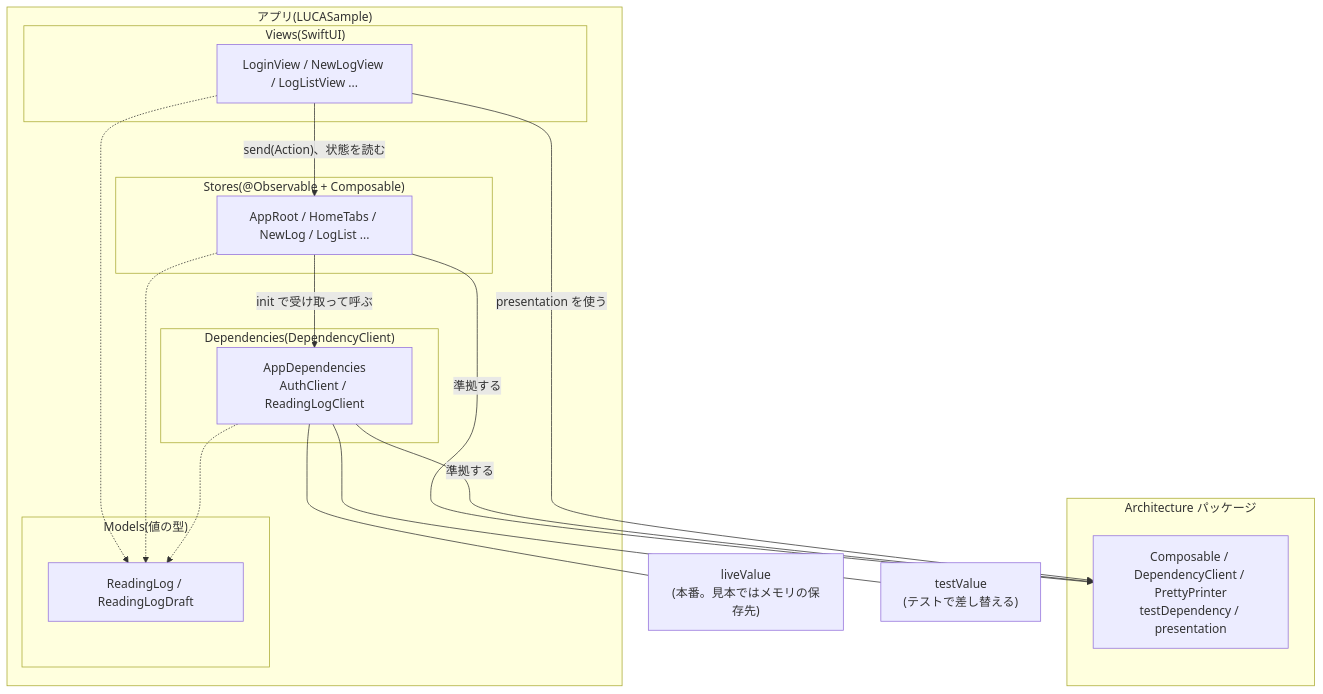
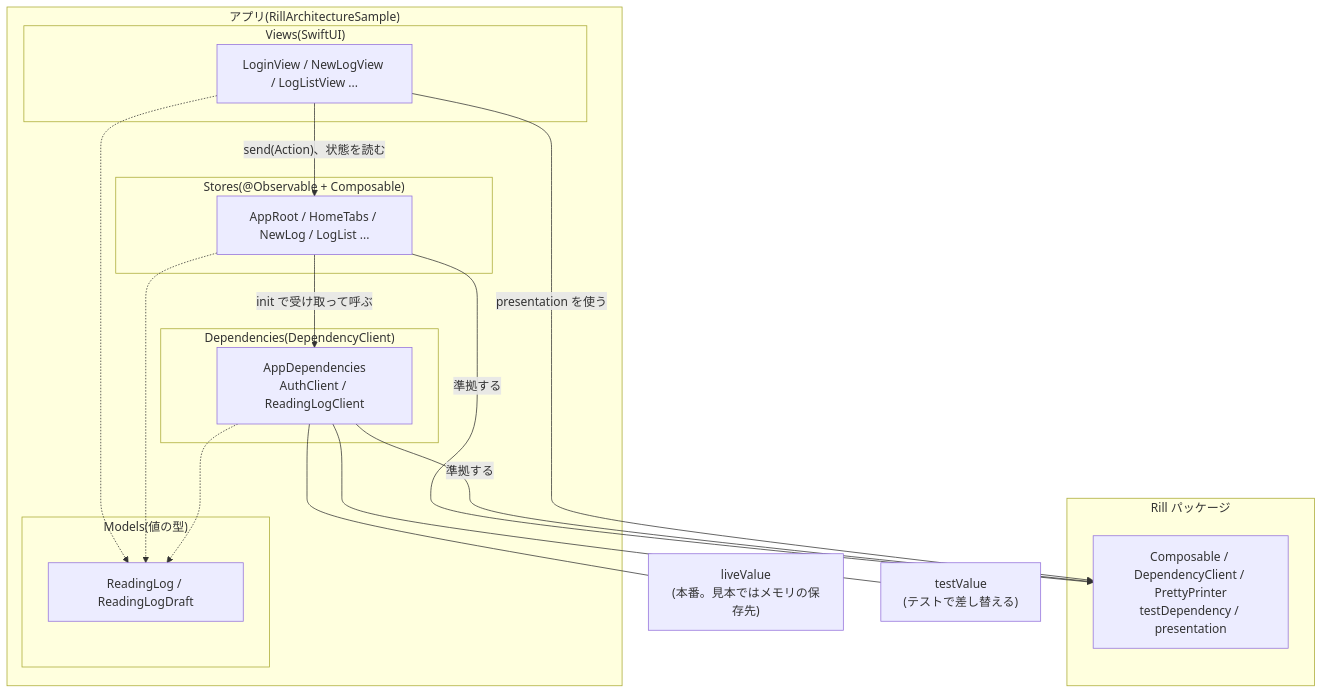
Before and after one commit to kz56cd/RillArchitectureSample: the first of 7 diagrams in README.md, drawn with Mermaid. The commit also changed other lines of this file and 67 other files, not shown here.

````diff
--- a/README.md
+++ b/README.md
@@ -36,31 +38,31 @@
 ```mermaid
 flowchart TB
-    subgraph App["アプリ(LUCASample)"]
+    subgraph App["アプリ(RillArchitectureSample)"]
         subgraph Views["Views(SwiftUI)"]
             V["LoginView / NewLogView / LogListView ..."]
         end
         subgraph Stores["Stores(@Observable + Composable)"]
             S["AppRoot / HomeTabs / NewLog / LogList ..."]
         end
         subgraph Dependencies["Dependencies(DependencyClient)"]
             D["AppDependencies<br/>AuthClient / ReadingLogClient"]
         end
         subgraph Models["Models(値の型)"]
             M["ReadingLog / ReadingLogDraft"]
         end
     end
-    subgraph Package["Architecture パッケージ"]
+    subgraph Package["Rill パッケージ"]
         P["Composable / DependencyClient / PrettyPrinter<br/>testDependency / presentation"]
     end
     Live["liveValue<br/>(本番。見本ではメモリの保存先)"]
     Test["testValue<br/>(テストで差し替える)"]
 
     V -- "send(Action)、状態を読む" --> S
     S -- "init で受け取って呼ぶ" --> D
     D --- Live
     D --- Test
     V & S & D -.-> M
     S -- "準拠する" --> P
     D -- "準拠する" --> P
     V -- "presentation を使う" --> P
 ```
````
